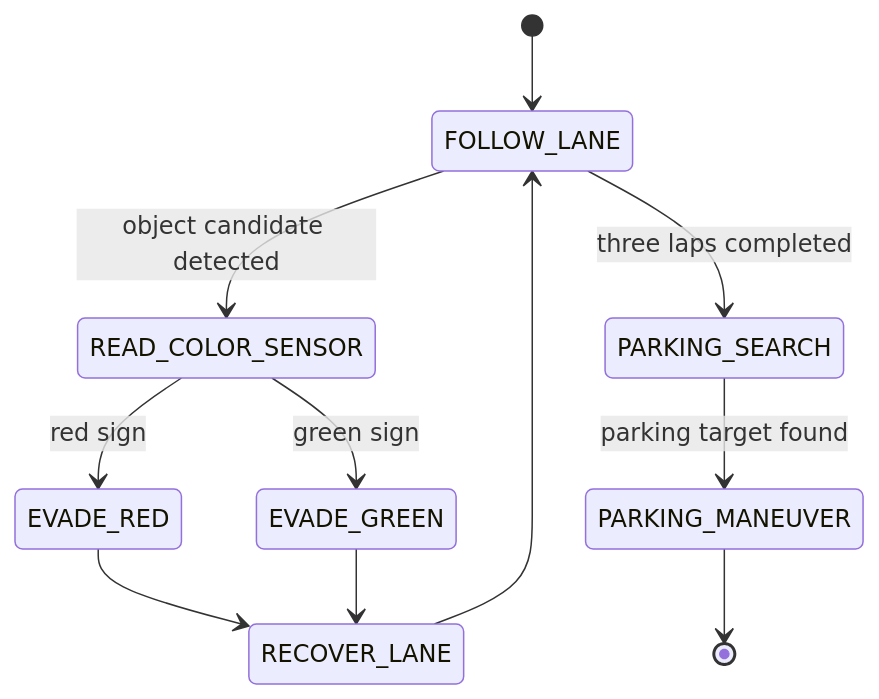
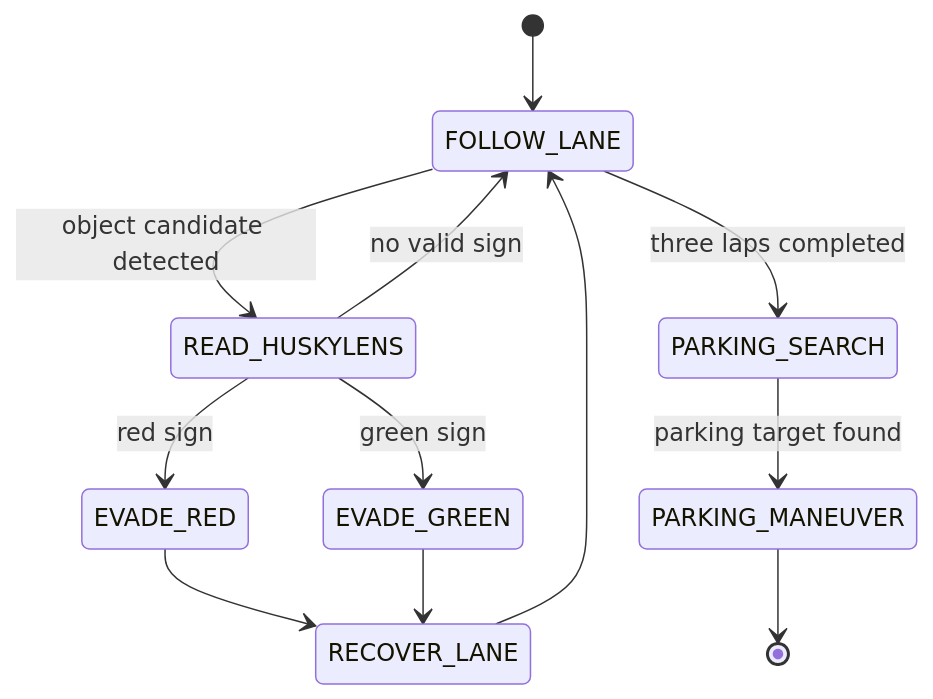
Before and after one commit to Yamilgmr/SKRobotics_WRO2026: the diagram in docs/07_obstacle_challenge_strategy.md, drawn with Mermaid. The commit also changed other lines of this file and 13 other files, not shown here.

````diff
--- a/docs/07_obstacle_challenge_strategy.md
+++ b/docs/07_obstacle_challenge_strategy.md
@@ -35,13 +35,14 @@
 ```mermaid
 stateDiagram-v2
     [*] --> FOLLOW_LANE
-    FOLLOW_LANE --> READ_COLOR_SENSOR: object candidate detected
-    READ_COLOR_SENSOR --> EVADE_RED: red sign
-    READ_COLOR_SENSOR --> EVADE_GREEN: green sign
+    FOLLOW_LANE --> READ_HUSKYLENS: object candidate detected
+    READ_HUSKYLENS --> EVADE_RED: red sign
+    READ_HUSKYLENS --> EVADE_GREEN: green sign
+    READ_HUSKYLENS --> FOLLOW_LANE: no valid sign
     EVADE_RED --> RECOVER_LANE
     EVADE_GREEN --> RECOVER_LANE
     RECOVER_LANE --> FOLLOW_LANE
     FOLLOW_LANE --> PARKING_SEARCH: three laps completed
     PARKING_SEARCH --> PARKING_MANEUVER: parking target found
     PARKING_MANEUVER --> [*]
 ```
````
